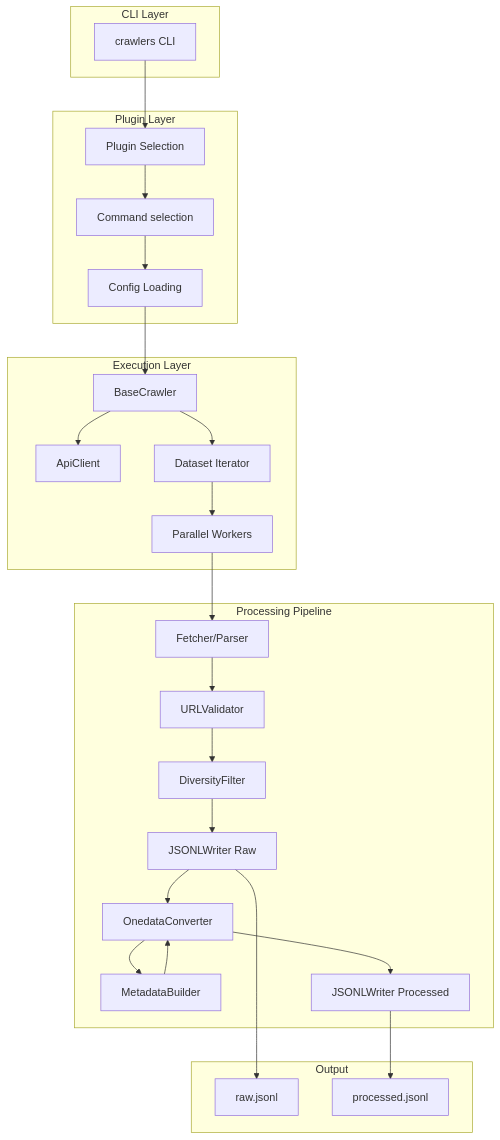
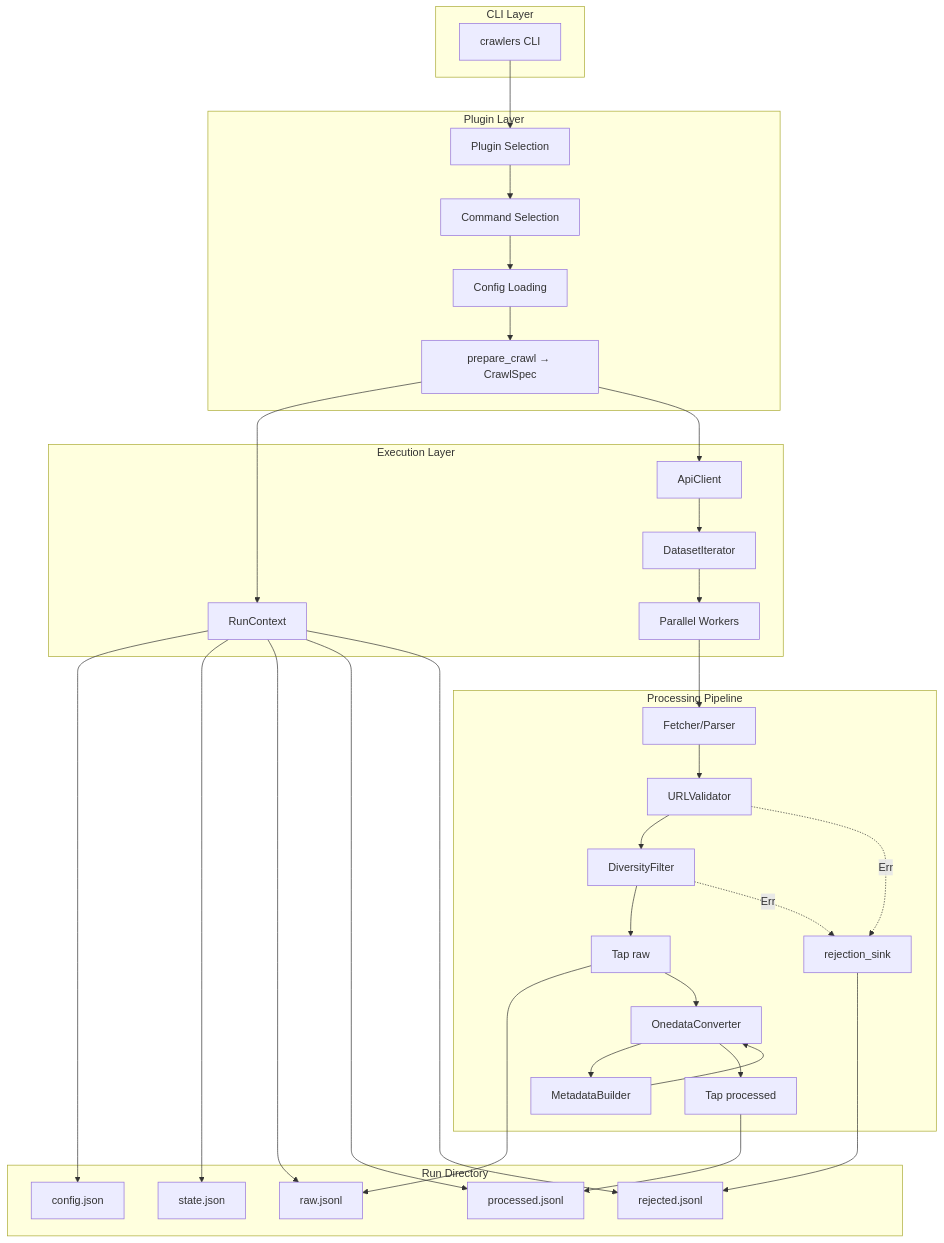
The diagram in crawlers/docs/arch/ARCHITECTURE.md (bergamote156/repository-crawlers), drawn with Mermaid before and after one commit. The commit also changed other lines of this file and 16 other files, not shown here.

````diff
--- a/crawlers/docs/arch/ARCHITECTURE.md
+++ b/crawlers/docs/arch/ARCHITECTURE.md
@@ -88,56 +94,70 @@
 ```mermaid
 flowchart TB
     subgraph CLI ["CLI Layer"]
         cli[crawlers CLI]
     end
 
     subgraph Plugin ["Plugin Layer"]
         plugin_select[Plugin Selection]
-        command["Command  selection"]
+        command[Command Selection]
         config_load[Config Loading]
+        prepare[prepare_crawl → CrawlSpec]
     end
 
     subgraph Execution ["Execution Layer"]
-        crawler[BaseCrawler]
+        ctx[RunContext]
         client[ApiClient]
-        iterator[Dataset Iterator]
+        iterator[DatasetIterator]
         parallel[Parallel Workers]
     end
 
     subgraph Pipeline ["Processing Pipeline"]
         fetcher[Fetcher/Parser]
         validator[URLValidator]
         filter[DiversityFilter]
-        writer_raw[JSONLWriter Raw]
+        tap_raw[Tap raw]
         converter[OnedataConverter]
         metadata[MetadataBuilder]
-        writer_proc[JSONLWriter Processed]
+        tap_proc[Tap processed]
+        rejected[rejection_sink]
     end
 
-    subgraph Output ["Output"]
+    subgraph Output ["Run Directory"]
+        config_json[config.json]
+        state_json[state.json]
         raw_jsonl[raw.jsonl]
         proc_jsonl[processed.jsonl]
+        rej_jsonl[rejected.jsonl]
     end
 
     cli --> plugin_select
     plugin_select --> command
     command --> config_load
-    config_load --> crawler
+    config_load --> prepare
+    prepare --> ctx
+    prepare --> client
 
-    crawler --> client
-    crawler --> iterator
+    ctx --> config_json
+    ctx --> state_json
+    ctx --> raw_jsonl
+    ctx --> proc_jsonl
+    ctx --> rej_jsonl
+
+    client --> iterator
     iterator --> parallel
 
     parallel --> fetcher
     fetcher --> validator
     validator --> filter
-    filter --> writer_raw
-
-    writer_raw --> raw_jsonl
-
-    writer_raw --> converter
+    filter --> tap_raw
+    tap_raw --> raw_jsonl
+    tap_raw --> converter
     converter --> metadata
     metadata --> converter
-    converter --> writer_proc
-    writer_proc --> proc_jsonl
+    converter --> tap_proc
+    tap_proc --> proc_jsonl
+
+    validator -.->|Err| rejected
+    filter -.->|Err| rejected
+    rejected --> rej_jsonl
 ```
````
